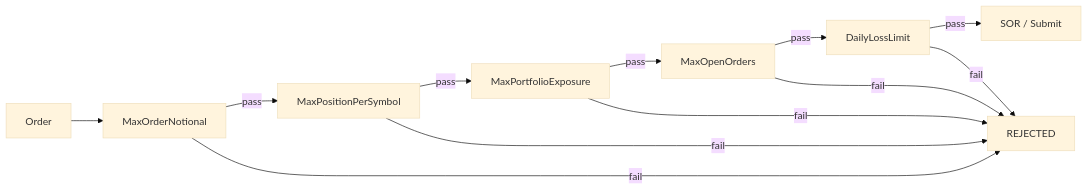
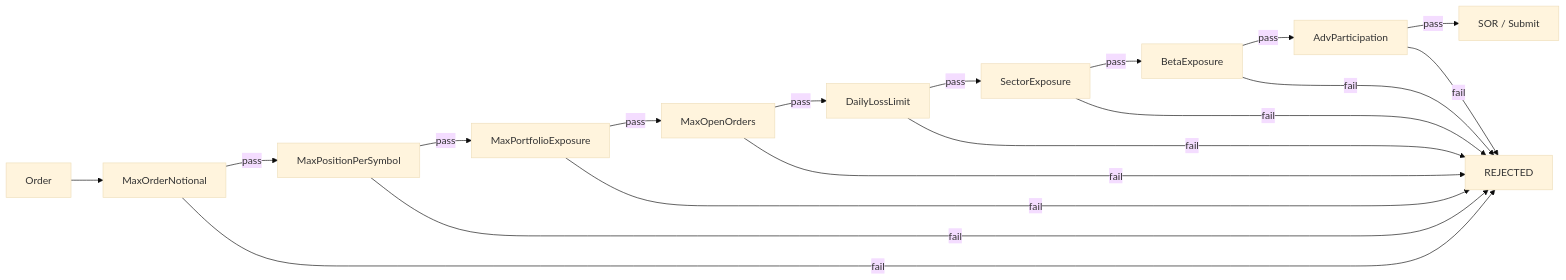
The tenth of 18 diagrams in docs/technical-design-document.md (drag0sd0g/MariaAlpha), drawn with Mermaid (base theme) before and after one commit. The commit also changed other lines of this file and 23 other files, not shown here.

Commit message:
2.2.1 2.2.2 2.2.3 Sector/Beta/ADV risk checks (#161)

````diff
--- a/docs/technical-design-document.md
+++ b/docs/technical-design-document.md
@@ -753,10 +753,13 @@
 ```mermaid
 graph LR
     ORD[Order] --> R1[MaxOrderNotional]
     R1 -->|pass| R2[MaxPositionPerSymbol]
     R2 -->|pass| R3[MaxPortfolioExposure]
     R3 -->|pass| R4[MaxOpenOrders]
     R4 -->|pass| R5[DailyLossLimit]
-    R5 -->|pass| SOR[SOR / Submit]
-    R1 & R2 & R3 & R4 & R5 -->|fail| REJ[REJECTED]
+    R5 -->|pass| R6[SectorExposure]
+    R6 -->|pass| R7[BetaExposure]
+    R7 -->|pass| R8[AdvParticipation]
+    R8 -->|pass| SOR[SOR / Submit]
+    R1 & R2 & R3 & R4 & R5 & R6 & R7 & R8 -->|fail| REJ[REJECTED]
 ```
````
